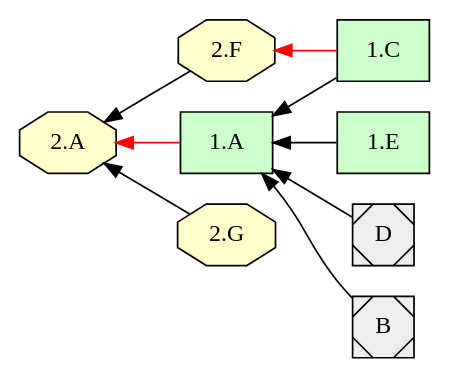
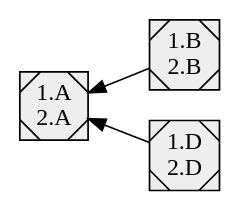
Before and after one commit to EulerProject/EulerX: the diagram in example/abstract4/abstract4_3.dot, drawn with Graphviz. The commit also changed 12 other files, not shown here.

```diff
--- a/example/abstract4/abstract4_3.dot
+++ b/example/abstract4/abstract4_3.dot
@@ -1,43 +1,23 @@
 digraph {
 
 rankdir = RL
 
   node [shape=box style="filled" fillcolor="#CCFFCC"]
-  "1.C"
-  "1.A"
-  "1.E"
-  "1.A"
-  "1.C"
-  "1.A"
-  "1.A"
-  "1.A"
   node [shape=octagon style="filled" fillcolor="#FFFFCC"]
-  "2.F"
-  "2.A"
-  "2.G"
-  "2.A"
-  "2.F"
-  "2.A"
-  "2.A"
-  "2.A"
   node [shape=Msquare style="filled" fillcolor="#EEEEEE"]
-  "D"
-  "B"
-  "B"
-  "D"
-  "D"
-  "B"
-  "D"
-  "B"
-  "1.C" -> "1.A" [style=filled, color=black];
-  "1.E" -> "1.A" [style=filled, color=black];
-  "2.F" -> "2.A" [style=filled, color=black];
-  "2.G" -> "2.A" [style=filled, color=black];
-  "1.C" -> "2.F" [style=filled, color=red];
-  "1.A" -> "2.A" [style=filled, color=red];
-  "D" -> "1.A" [style=filled, color=black];
-  "B" -> "1.A" [style=filled, color=black];
+  "1.B\n2.B"
+  "1.A\n2.A"
+  "1.D\n2.D"
+  "1.D\n2.D"
+  "1.A\n2.A"
+  "1.B\n2.B"
+  "1.B\n2.B"
+  "1.A\n2.A"
+  "1.D\n2.D"
+  "1.A\n2.A"
+  "1.B\n2.B" -> "1.A\n2.A" [style=filled, color=black];
+  "1.D\n2.D" -> "1.A\n2.A" [style=filled, color=black];
   subgraph cluster_lg {
     rankdir = LR
   }
 }
```
